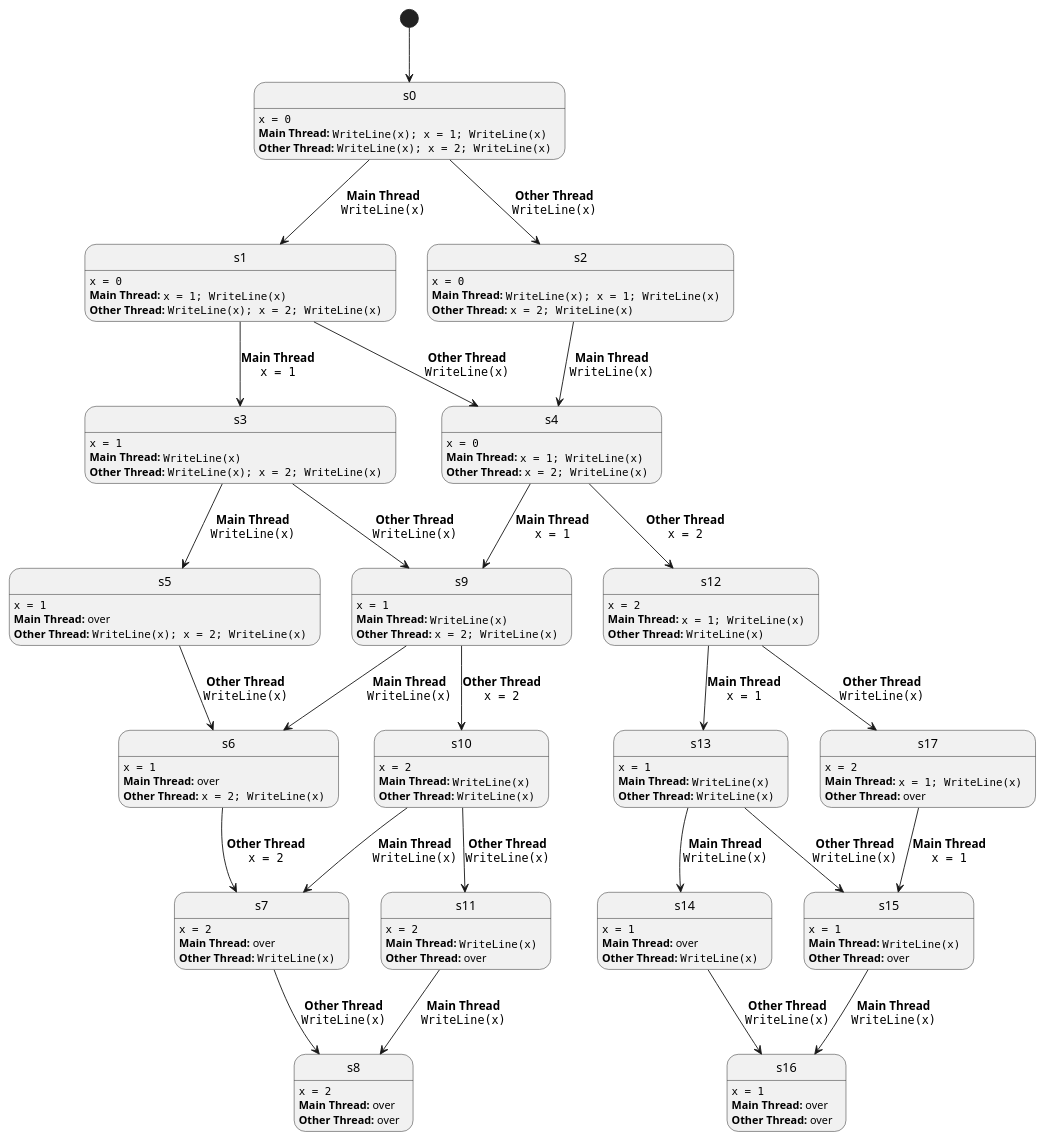
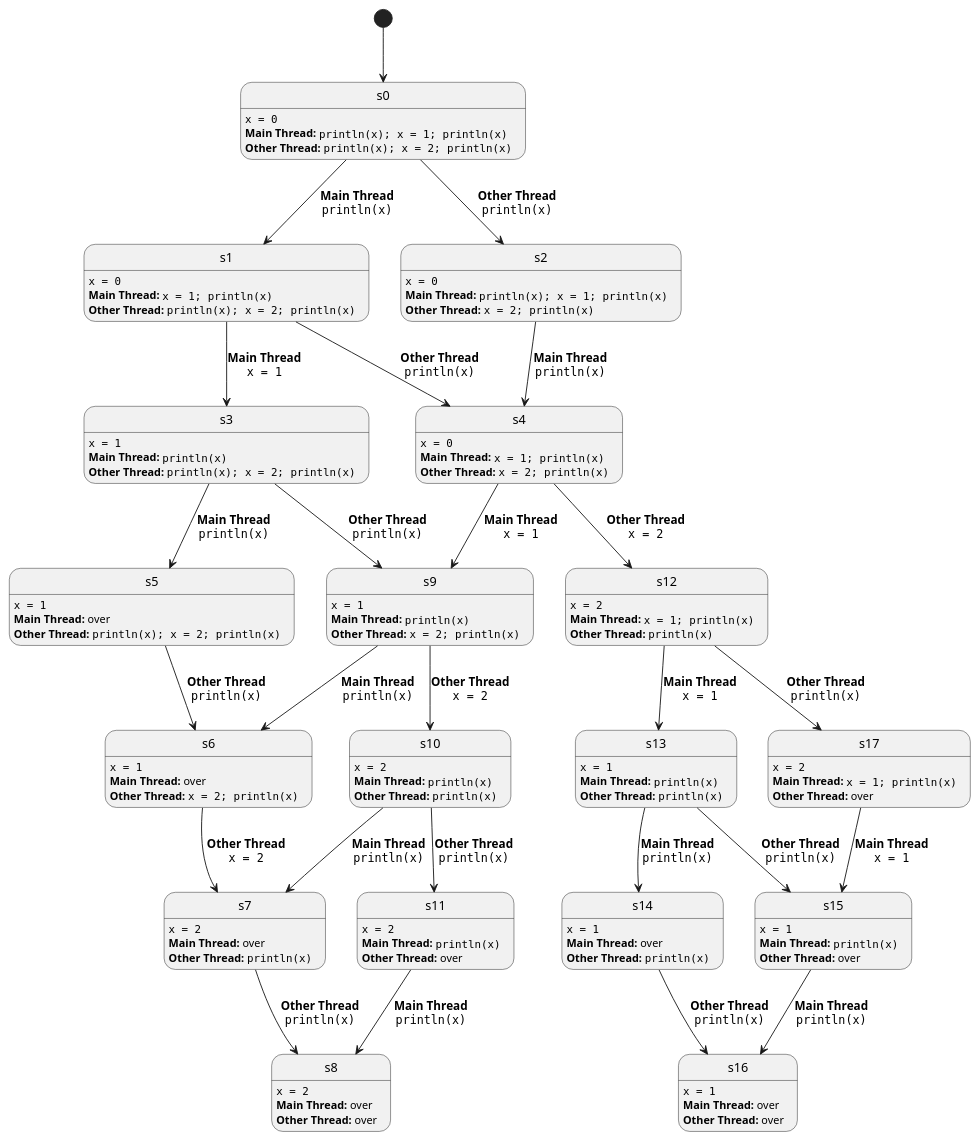
Before and after one commit to pikalab-unibo/sd-lab-async-programming: the diagram in img/state-diagram.pu, drawn with PlantUML. The commit also changed 4 other files, not shown here.

```diff
--- a/img/state-diagram.pu
+++ b/img/state-diagram.pu
@@ -1,119 +1,119 @@
 @startuml
 [*] --> s0
 
 s0: ""x = 0""
-s0: **Main Thread:** ""WriteLine(x); x = 1; WriteLine(x)""
-s0: **Other Thread:** ""WriteLine(x); x = 2; WriteLine(x)""
+s0: **Main Thread:** ""println(x); x = 1; println(x)""
+s0: **Other Thread:** ""println(x); x = 2; println(x)""
 
-s0 --> s1: **Main Thread**\n""WriteLine(x)""
-s0 --> s2: **Other Thread**\n""WriteLine(x)""
+s0 --> s1: **Main Thread**\n""println(x)""
+s0 --> s2: **Other Thread**\n""println(x)""
 
 s1: ""x = 0""
-s1: **Main Thread:** ""x = 1; WriteLine(x)""
-s1: **Other Thread:** ""WriteLine(x); x = 2; WriteLine(x)""
+s1: **Main Thread:** ""x = 1; println(x)""
+s1: **Other Thread:** ""println(x); x = 2; println(x)""
 
 s2: ""x = 0""
-s2: **Main Thread:** ""WriteLine(x); x = 1; WriteLine(x)""
-s2: **Other Thread:** ""x = 2; WriteLine(x)""
+s2: **Main Thread:** ""println(x); x = 1; println(x)""
+s2: **Other Thread:** ""x = 2; println(x)""
 
 
 s1 --> s3: **Main Thread**\n""x = 1""
-s1 --> s4: **Other Thread**\n""WriteLine(x)""
-s2 --> s4: **Main Thread**\n""WriteLine(x)""
+s1 --> s4: **Other Thread**\n""println(x)""
+s2 --> s4: **Main Thread**\n""println(x)""
 
 s3: ""x = 1""
-s3: **Main Thread:** ""WriteLine(x)""
-s3: **Other Thread:** ""WriteLine(x); x = 2; WriteLine(x)""
+s3: **Main Thread:** ""println(x)""
+s3: **Other Thread:** ""println(x); x = 2; println(x)""
 
 s4: ""x = 0""
-s4: **Main Thread:** ""x = 1; WriteLine(x)""
-s4: **Other Thread:** ""x = 2; WriteLine(x)""
+s4: **Main Thread:** ""x = 1; println(x)""
+s4: **Other Thread:** ""x = 2; println(x)""
 
-s3 --> s5: **Main Thread**\n""WriteLine(x)""
+s3 --> s5: **Main Thread**\n""println(x)""
 
 s5: ""x = 1""
 s5: **Main Thread:** over
-s5: **Other Thread:** ""WriteLine(x); x = 2; WriteLine(x)""
+s5: **Other Thread:** ""println(x); x = 2; println(x)""
 
-s5 --> s6: **Other Thread**\n""WriteLine(x)""
+s5 --> s6: **Other Thread**\n""println(x)""
 
 s6: ""x = 1""
 s6: **Main Thread:** over
-s6: **Other Thread:** ""x = 2; WriteLine(x)""
+s6: **Other Thread:** ""x = 2; println(x)""
 
 s6 --> s7: **Other Thread**\n""x = 2""
 
 s7: ""x = 2""
 s7: **Main Thread:** over
-s7: **Other Thread:** ""WriteLine(x)""
+s7: **Other Thread:** ""println(x)""
 
-s7 --> s8: **Other Thread**\n""WriteLine(x)""
+s7 --> s8: **Other Thread**\n""println(x)""
 
 s8: ""x = 2""
 s8: **Main Thread:** over
 s8: **Other Thread:** over
 
-s3 --> s9: **Other Thread**\n""WriteLine(x)""
+s3 --> s9: **Other Thread**\n""println(x)""
 
 s9: ""x = 1""
-s9: **Main Thread:** ""WriteLine(x)""
-s9: **Other Thread:** ""x = 2; WriteLine(x)""
+s9: **Main Thread:** ""println(x)""
+s9: **Other Thread:** ""x = 2; println(x)""
 
-s9 --> s6: **Main Thread**\n""WriteLine(x)""
+s9 --> s6: **Main Thread**\n""println(x)""
 
 s9 --> s10: **Other Thread**\n""x = 2""
 
 s10: ""x = 2""
-s10: **Main Thread:** ""WriteLine(x)""
-s10: **Other Thread:** ""WriteLine(x)""
+s10: **Main Thread:** ""println(x)""
+s10: **Other Thread:** ""println(x)""
 
-s10 --> s7: **Main Thread**\n""WriteLine(x)""
-s10 --> s11: **Other Thread**\n""WriteLine(x)""
+s10 --> s7: **Main Thread**\n""println(x)""
+s10 --> s11: **Other Thread**\n""println(x)""
 
 s11: ""x = 2""
-s11: **Main Thread:** ""WriteLine(x)""
+s11: **Main Thread:** ""println(x)""
 s11: **Other Thread:** over
 
-s11 --> s8: **Main Thread**\n""WriteLine(x)""
+s11 --> s8: **Main Thread**\n""println(x)""
 
 s4 --> s9: **Main Thread**\n""x = 1""
 
 s4 --> s12: **Other Thread**\n""x = 2""
 
 s12: ""x = 2""
-s12: **Main Thread:** ""x = 1; WriteLine(x)""
-s12: **Other Thread:** ""WriteLine(x)""
+s12: **Main Thread:** ""x = 1; println(x)""
+s12: **Other Thread:** ""println(x)""
 
 s12 --> s13: **Main Thread**\n""x = 1""
 
 s13: ""x = 1""
-s13: **Main Thread:** ""WriteLine(x)""
-s13: **Other Thread:** ""WriteLine(x)""
+s13: **Main Thread:** ""println(x)""
+s13: **Other Thread:** ""println(x)""
 
-s13 --> s14: **Main Thread**\n""WriteLine(x)""
-s13 --> s15: **Other Thread**\n""WriteLine(x)""
+s13 --> s14: **Main Thread**\n""println(x)""
+s13 --> s15: **Other Thread**\n""println(x)""
 
 s14: ""x = 1""
 s14: **Main Thread:** over
-s14: **Other Thread:** ""WriteLine(x)""
+s14: **Other Thread:** ""println(x)""
 
 s15: ""x = 1""
-s15: **Main Thread:** ""WriteLine(x)""
+s15: **Main Thread:** ""println(x)""
 s15: **Other Thread:** over
 
-s15 --> s16: **Main Thread**\n""WriteLine(x)""
-s14 --> s16: **Other Thread**\n""WriteLine(x)""
+s15 --> s16: **Main Thread**\n""println(x)""
+s14 --> s16: **Other Thread**\n""println(x)""
 
 s16: ""x = 1""
 s16: **Main Thread:** over
 s16: **Other Thread:** over
 
-s12 --> s17: **Other Thread**\n""WriteLine(x)""
+s12 --> s17: **Other Thread**\n""println(x)""
 
 s17: ""x = 2""
-s17: **Main Thread:** ""x = 1; WriteLine(x)""
+s17: **Main Thread:** ""x = 1; println(x)""
 s17: **Other Thread:** over
 
 s17 --> s15: **Main Thread**\n""x = 1""
 
 @enduml
```
